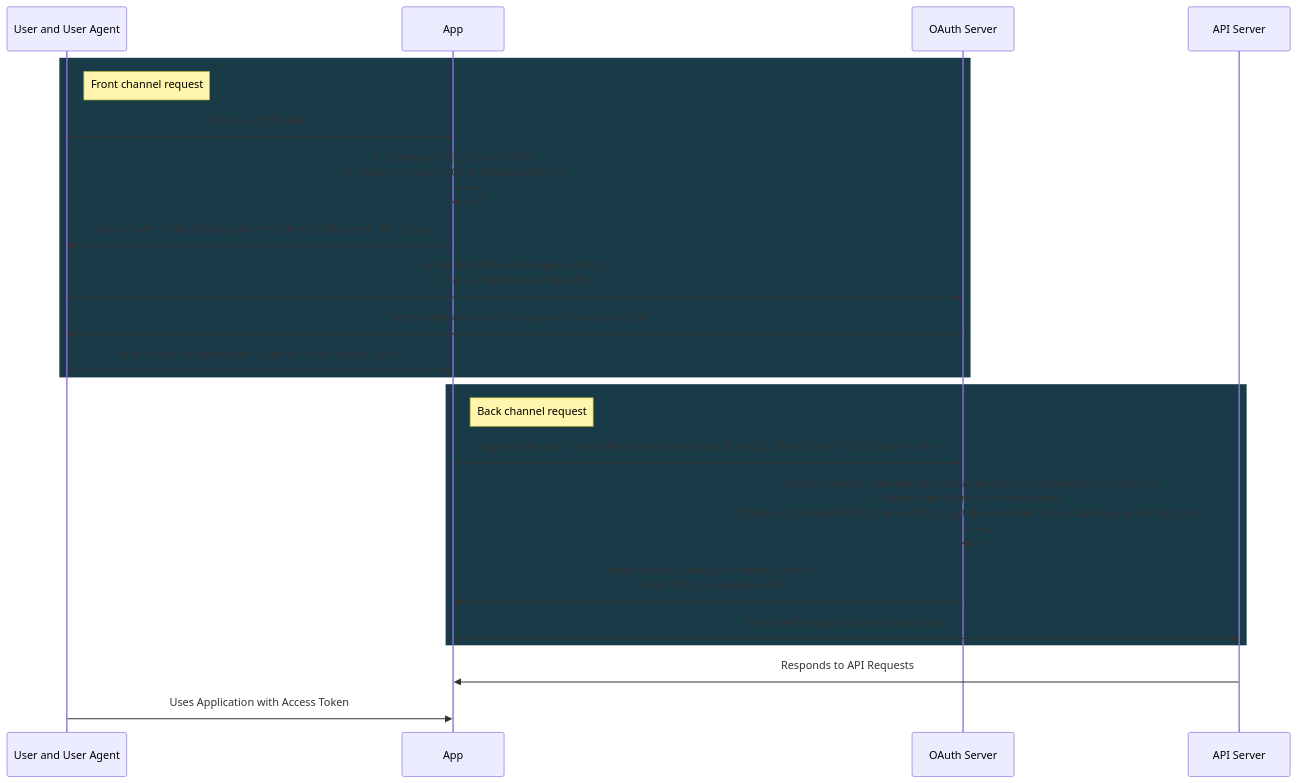
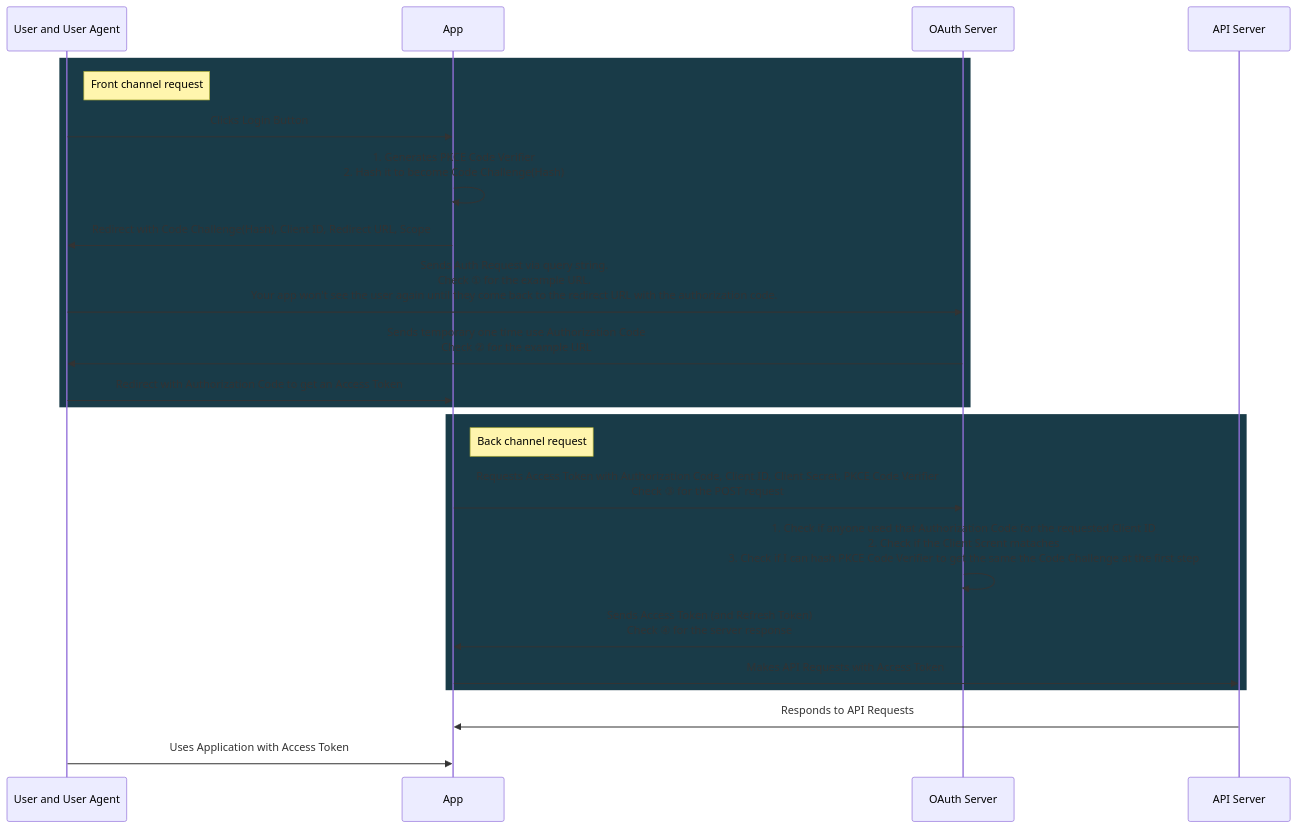
One commit to saitaiky/notebook changed the diagram in docs/docs/software-development/system-design/security/authentication/oauth.md. Above: the diagram before and after it, drawn with Mermaid. The commit also changed other lines of this file and 6 other files, not shown here.

````diff
--- a/docs/docs/software-development/system-design/security/authentication/oauth.md
+++ b/docs/docs/software-development/system-design/security/authentication/oauth.md
@@ -214,26 +218,26 @@
 ```mermaid
 sequenceDiagram
     participant User and User Agent
     participant App
     participant OAuth Server
     participant API Server
 
     rect rgb(25, 59, 72)
     note right of User and User Agent: Front channel request
     User and User Agent->>App: Clicks Login Button
     App->>App: 1. Generates PKCE Code Verifier<br>2. Hash it to become Code Challenge(Hash)
     App->>User and User Agent: Redirect with Code Challenge(Hash), Client ID, Redirect URL, Scope
-    User and User Agent->>OAuth Server: Sends Auth Request via query string. <br>Check ① for the example URL
-    OAuth Server->>User and User Agent: Sends temporary one time use Authorization Code
+    User and User Agent->>OAuth Server: Sends Auth Request via query string. <br>Check ① for the example URL. <br>Your app won't see the user again until they come back to the redirect URL with the authorization code.
+    OAuth Server->>User and User Agent: Sends temporary one time use Authorization Code<br>Check ② for the example URL
     User and User Agent->>App: Redirect with Authorization Code to get an Access Token
     end
     rect rgb(25, 59, 72)
     note right of App: Back channel request
-    App->>OAuth Server: Requests Access Token with Authorization Code, Client ID, Client Secret, PKCE Code Verifier
+    App->>OAuth Server: Requests Access Token with Authorization Code, Client ID, Client Secret, PKCE Code Verifier <br>Check ③ for the POST request
     OAuth Server->>OAuth Server: 1. Check if anyone used that Authorization Code for the requested Client ID <br>2. Check if the Client Scrent mataches<br>3. Check if I can hash PKCE Code Verifier to get the same the Code Challenge at the first step
-    OAuth Server->>App: Sends Access Token (and Refresh Token)<br>Check ② for the example URL
+    OAuth Server->>App: Sends Access Token (and Refresh Token) <br>Check ④ for the server response
     App->>API Server: Makes API Requests with Access Token
     end
     API Server->>App: Responds to API Requests
     User and User Agent->>App: Uses Application with Access Token
 ```
````
